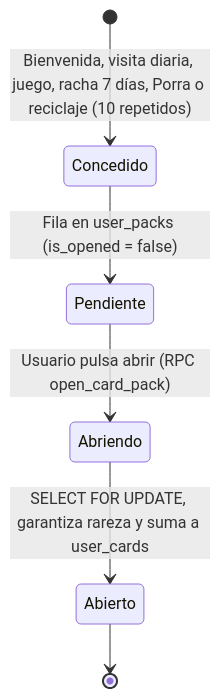
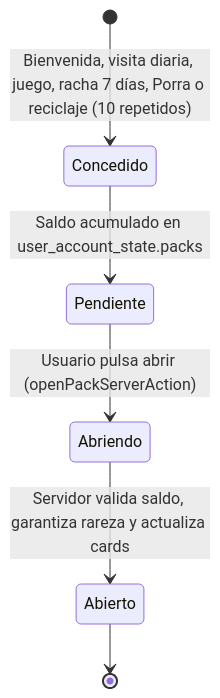
One commit to MarcoLorenzoMartinez/mareona changed diagram 21 of 32 in docs/MEMORIA_TECNICA.md. Above: the diagram before and after it, drawn with Mermaid. The commit also changed other lines of this file and 4 other files, not shown here.

````diff
--- a/docs/MEMORIA_TECNICA.md
+++ b/docs/MEMORIA_TECNICA.md
@@ -963,8 +963,8 @@
 ```mermaid
 stateDiagram-v2
     [*] --> Concedido: Bienvenida, visita diaria, juego, racha 7 días, Porra o reciclaje (10 repetidos)
-    Concedido --> Pendiente: Fila en user_packs (is_opened = false)
-    Pendiente --> Abriendo: Usuario pulsa abrir (RPC open_card_pack)
-    Abriendo --> Abierto: SELECT FOR UPDATE, garantiza rareza y suma a user_cards
+    Concedido --> Pendiente: Saldo acumulado en user_account_state.packs
+    Pendiente --> Abriendo: Usuario pulsa abrir (openPackServerAction)
+    Abriendo --> Abierto: Servidor valida saldo, garantiza rareza y actualiza cards
     Abierto --> [*]
 ```
````
